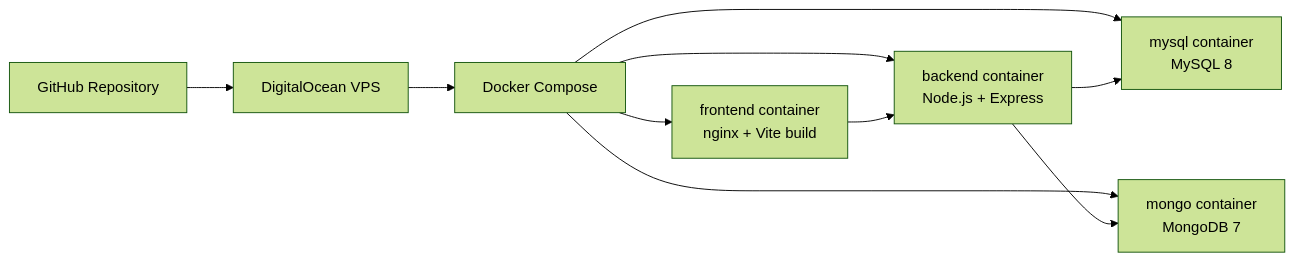
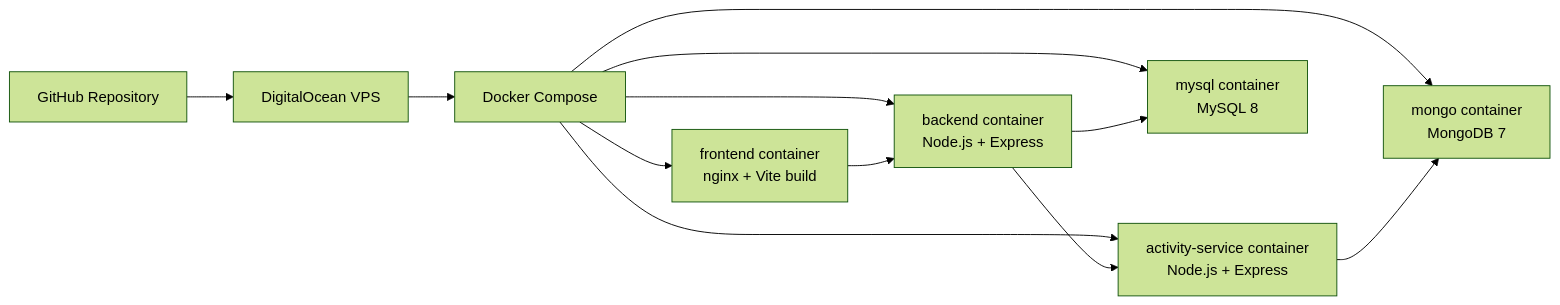
Before and after one commit to Dexteroso/expenses_report: the fourth of 4 diagrams in docs/architecture.md, drawn with Mermaid (forest theme). The commit also changed other lines of this file and 13 other files, not shown here.

Commit message:
Extract activity logging into service

````diff
--- a/docs/architecture.md
+++ b/docs/architecture.md
@@ -103,14 +107,16 @@
 ```mermaid
 flowchart LR
   repo["GitHub Repository"] --> vps["DigitalOcean VPS"]
   vps --> compose["Docker Compose"]
 
   compose --> frontend["frontend container\nnginx + Vite build"]
   compose --> backend["backend container\nNode.js + Express"]
+  compose --> activity["activity-service container\nNode.js + Express"]
   compose --> mysql["mysql container\nMySQL 8"]
   compose --> mongo["mongo container\nMongoDB 7"]
 
   frontend --> backend
   backend --> mysql
-  backend --> mongo
+  backend --> activity
+  activity --> mongo
 ```
````
